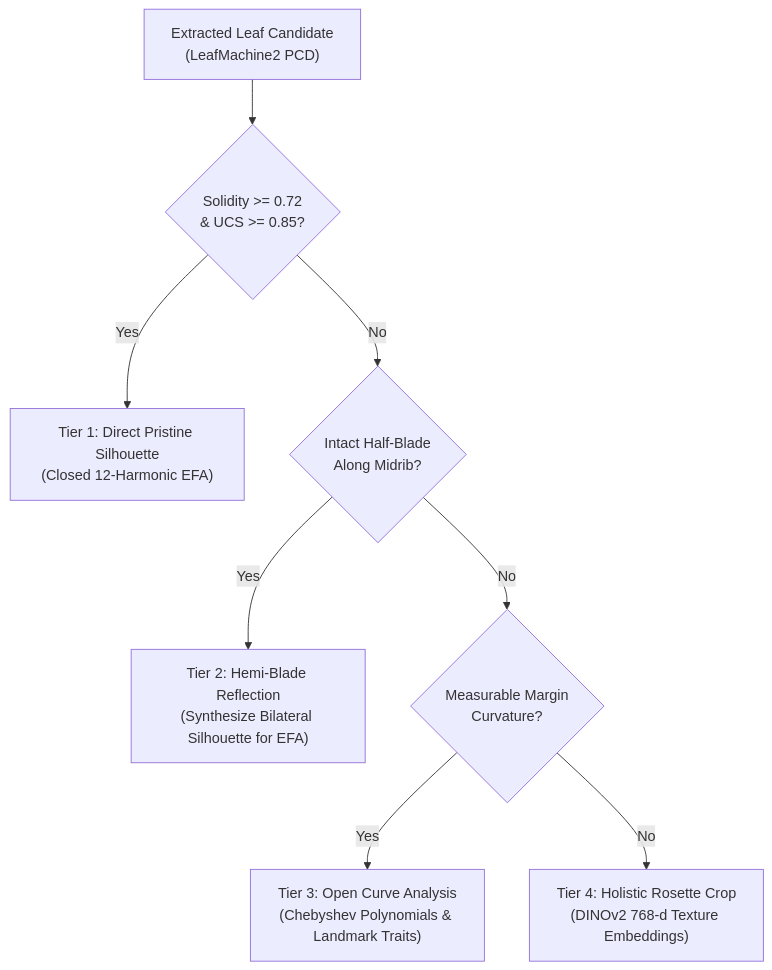
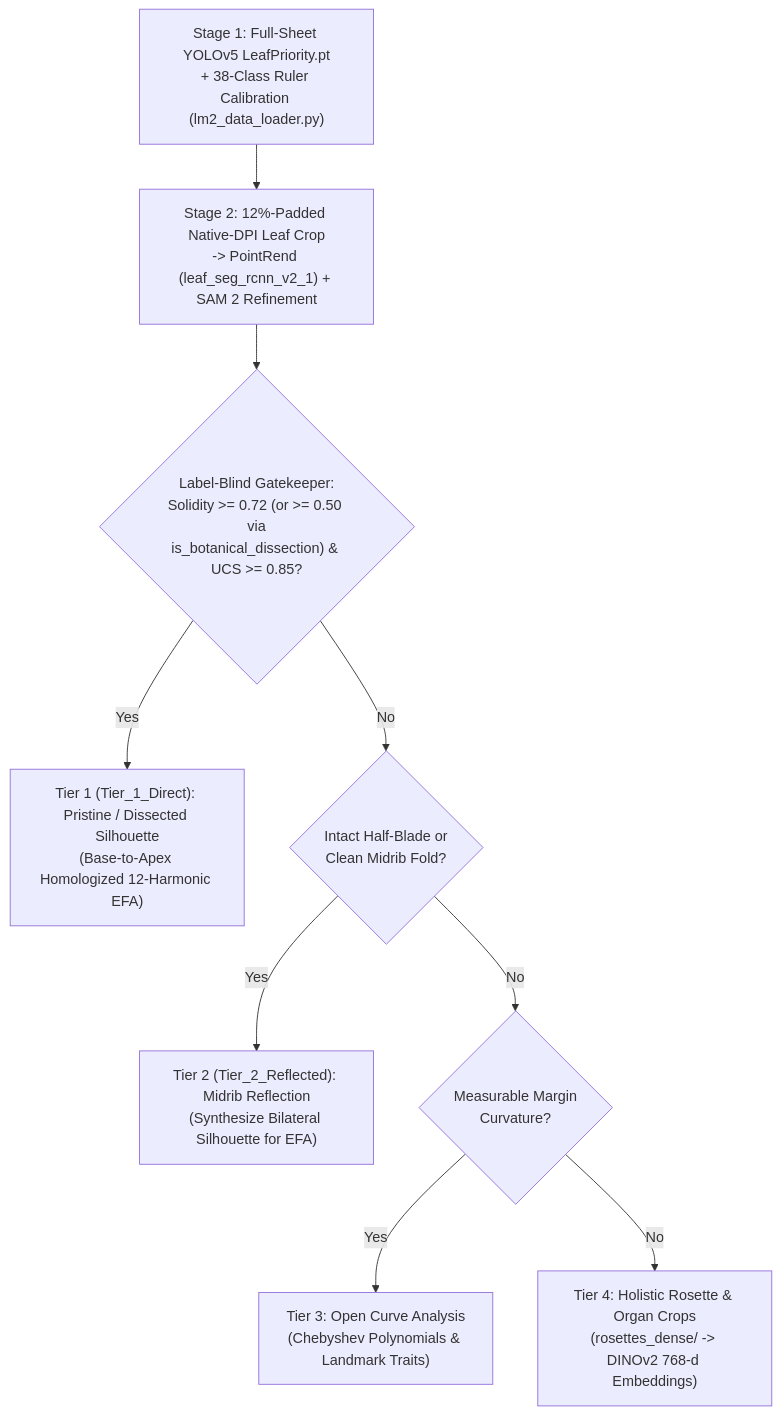
Before and after one commit to Plantatsrophe/Packera_dubia_morphometrics: the diagram in docs/TAXONOMIC_SOP.md, drawn with Mermaid. The commit also changed other lines of this file and 23 other files, not shown here.

````diff
--- a/docs/TAXONOMIC_SOP.md
+++ b/docs/TAXONOMIC_SOP.md
@@ -29,10 +32,11 @@
 ```mermaid
 flowchart TD
-    A["Extracted Leaf Candidate\n(LeafMachine2 PCD)"] --> B{"Solidity >= 0.72\n& UCS >= 0.85?"}
-    B -- Yes --> C["Tier 1: Direct Pristine Silhouette\n(Closed 12-Harmonic EFA)"]
-    B -- No --> D{"Intact Half-Blade\nAlong Midrib?"}
-    D -- Yes --> E["Tier 2: Hemi-Blade Reflection\n(Synthesize Bilateral Silhouette for EFA)"]
+    A0["Stage 1: Full-Sheet YOLOv5 LeafPriority.pt\n+ 38-Class Ruler Calibration (lm2_data_loader.py)"] --> A["Stage 2: 12%-Padded Native-DPI Leaf Crop\n-> PointRend (leaf_seg_rcnn_v2_1) + SAM 2 Refinement"]
+    A --> B{"Label-Blind Gatekeeper:\nSolidity >= 0.72 (or >= 0.50 via\nis_botanical_dissection) & UCS >= 0.85?"}
+    B -- Yes --> C["Tier 1 (Tier_1_Direct): Pristine / Dissected Silhouette\n(Base-to-Apex Homologized 12-Harmonic EFA)"]
+    B -- No --> D{"Intact Half-Blade or\nClean Midrib Fold?"}
+    D -- Yes --> E["Tier 2 (Tier_2_Reflected): Midrib Reflection\n(Synthesize Bilateral Silhouette for EFA)"]
     D -- No --> F{"Measurable Margin\nCurvature?"}
     F -- Yes --> G["Tier 3: Open Curve Analysis\n(Chebyshev Polynomials & Landmark Traits)"]
-    F -- No --> H["Tier 4: Holistic Rosette Crop\n(DINOv2 768-d Texture Embeddings)"]
+    F -- No --> H["Tier 4: Holistic Rosette & Organ Crops\n(rosettes_dense/ -> DINOv2 768-d Embeddings)"]
 ```
````
